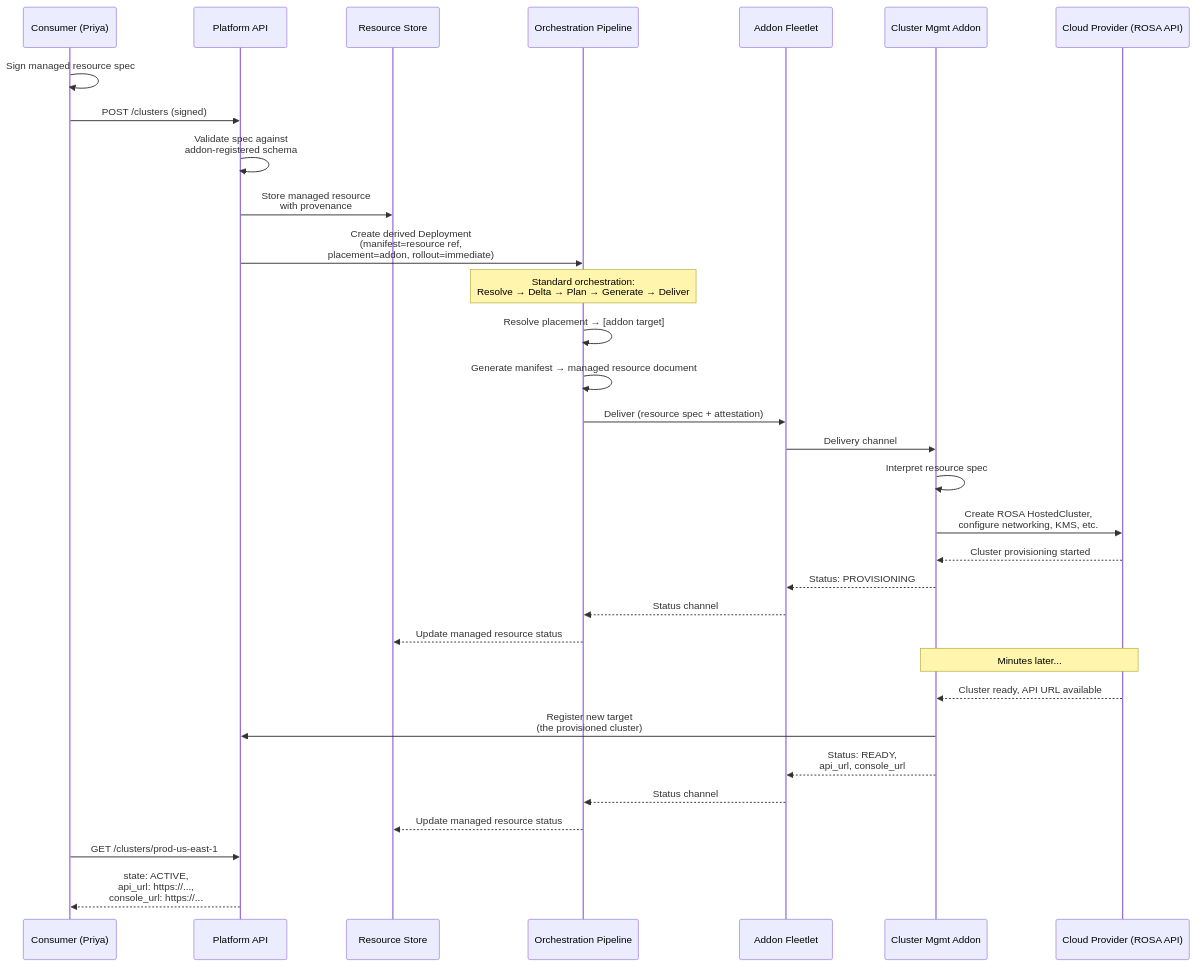
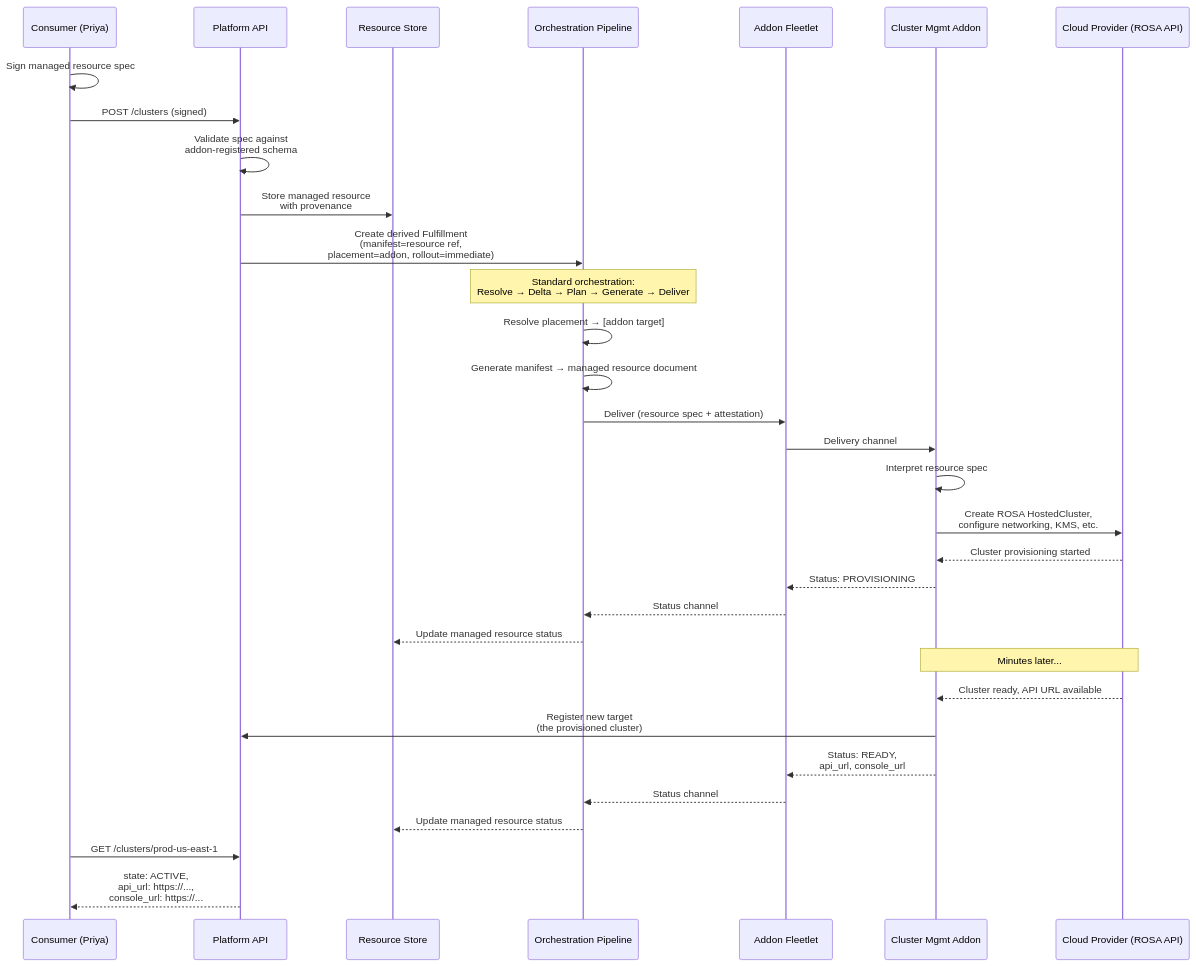
Before and after one commit to fleetshift/fleetshift-poc: the diagram in docs/design/managed_resources.md, drawn with Mermaid. The commit also changed other lines of this file, not shown here.

````diff
--- a/docs/design/managed_resources.md
+++ b/docs/design/managed_resources.md
@@ -205,43 +205,43 @@
 ```mermaid
 sequenceDiagram
     participant User as Consumer (Priya)
     participant Platform as Platform API
     participant Store as Resource Store
     participant Pipeline as Orchestration Pipeline
     participant Fleetlet as Addon Fleetlet
     participant Addon as Cluster Mgmt Addon
     participant Cloud as Cloud Provider (ROSA API)
 
     User->>User: Sign managed resource spec
     User->>Platform: POST /clusters (signed)
     Platform->>Platform: Validate spec against<br/>addon-registered schema
     Platform->>Store: Store managed resource<br/>with provenance
 
-    Platform->>Pipeline: Create derived Deployment<br/>(manifest=resource ref,<br/>placement=addon, rollout=immediate)
+    Platform->>Pipeline: Create derived Fulfillment<br/>(manifest=resource ref,<br/>placement=addon, rollout=immediate)
 
     Note over Pipeline: Standard orchestration:<br/>Resolve → Delta → Plan → Generate → Deliver
 
     Pipeline->>Pipeline: Resolve placement → [addon target]
     Pipeline->>Pipeline: Generate manifest → managed resource document
     Pipeline->>Fleetlet: Deliver (resource spec + attestation)
     Fleetlet->>Addon: Delivery channel
 
     Addon->>Addon: Interpret resource spec
     Addon->>Cloud: Create ROSA HostedCluster,<br/>configure networking, KMS, etc.
     Cloud-->>Addon: Cluster provisioning started
 
     Addon-->>Fleetlet: Status: PROVISIONING
     Fleetlet-->>Pipeline: Status channel
     Pipeline-->>Store: Update managed resource status
 
     Note over Addon, Cloud: Minutes later...
 
     Cloud-->>Addon: Cluster ready, API URL available
     Addon->>Platform: Register new target<br/>(the provisioned cluster)
     Addon-->>Fleetlet: Status: READY,<br/>api_url, console_url
     Fleetlet-->>Pipeline: Status channel
     Pipeline-->>Store: Update managed resource status
 
     User->>Platform: GET /clusters/prod-us-east-1
     Platform-->>User: state: ACTIVE,<br/>api_url: https://...,<br/>console_url: https://...
 ```
````
